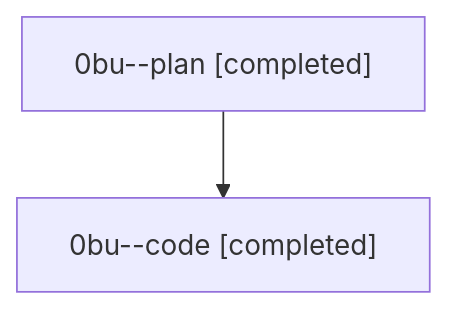
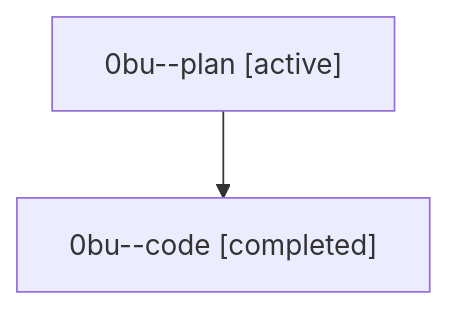
The diagram in families/bbugyi200.athena.0bu.md (sase-org/sase--agents), drawn with Mermaid before and after one commit. The commit also changed other lines of this file and 35830 other files, not shown here.

````diff
--- a/families/bbugyi200.athena.0bu.md
+++ b/families/bbugyi200.athena.0bu.md
@@ -9,6 +9,6 @@
 ```mermaid
 flowchart TD
-  n0["0bu--plan [completed]"]
+  n0["0bu--plan [active]"]
   n1["0bu--code [completed]"]
   n0 --> n1
 ```
````
